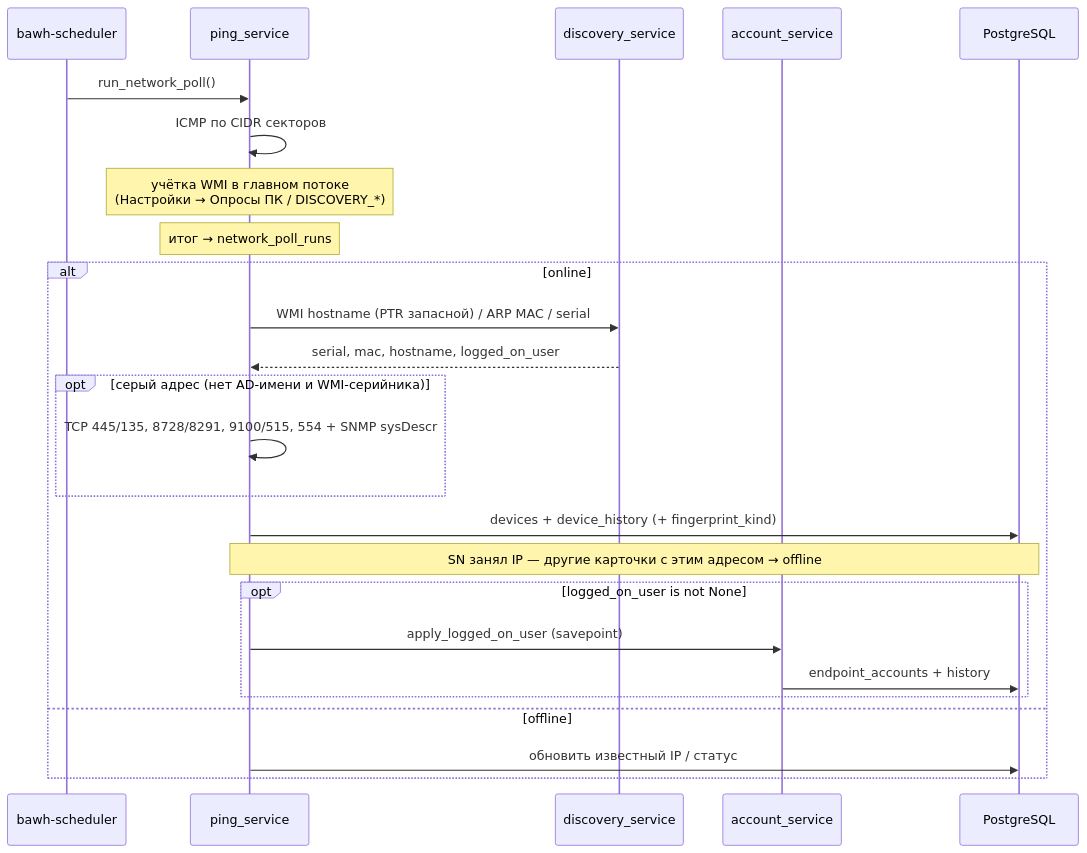
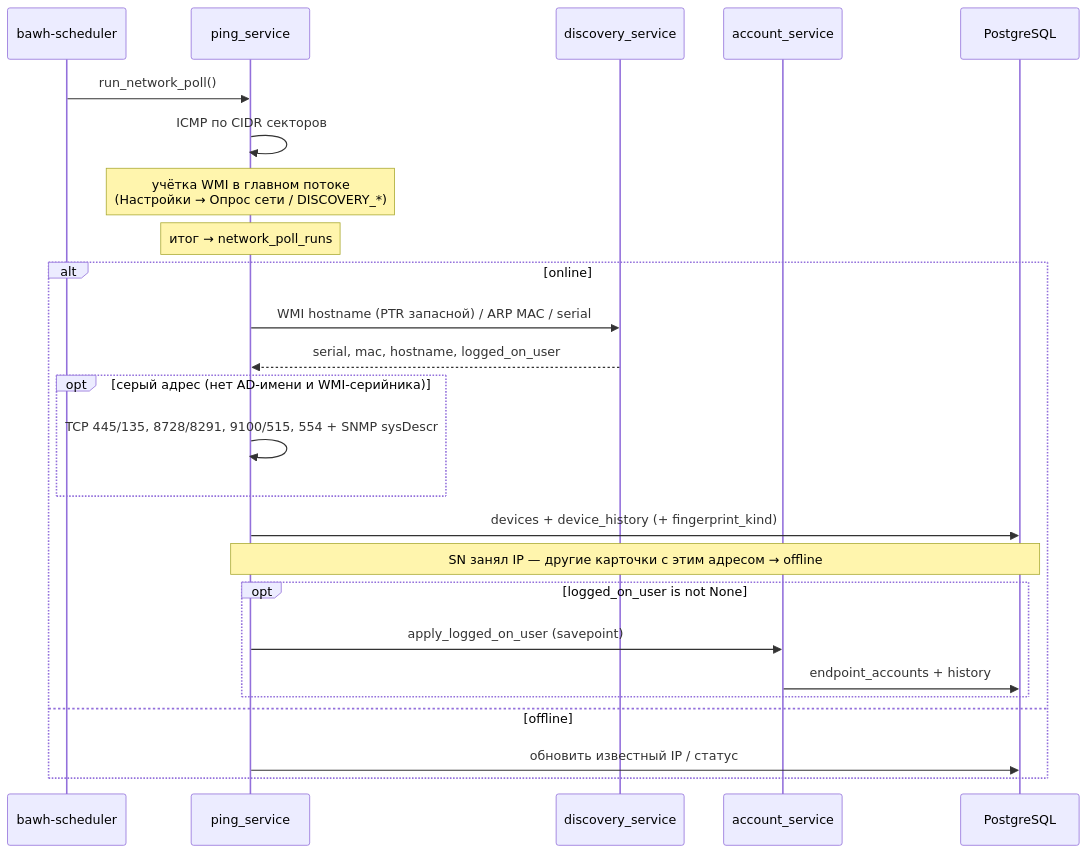
Before and after one commit to blazerity/admin-webhelper: the second of 2 diagrams in docs/ARCHITECTURE.md, drawn with Mermaid. The commit also changed other lines of this file and 31 other files, not shown here.

````diff
--- a/docs/ARCHITECTURE.md
+++ b/docs/ARCHITECTURE.md
@@ -564,28 +564,28 @@
 ```mermaid
 sequenceDiagram
   participant Sch as bawh-scheduler
   participant Ping as ping_service
   participant Disc as discovery_service
   participant Acc as account_service
   participant DB as PostgreSQL
 
   Sch->>Ping: run_network_poll()
   Ping->>Ping: ICMP по CIDR секторов
-  Note over Ping: учётка WMI в главном потоке<br/>(Настройки → Опросы ПК / DISCOVERY_*)
+  Note over Ping: учётка WMI в главном потоке<br/>(Настройки → Опрос сети / DISCOVERY_*)
   Note over Ping: итог → network_poll_runs
   alt online
     Ping->>Disc: WMI hostname (PTR запасной) / ARP MAC / serial
     Disc-->>Ping: serial, mac, hostname, logged_on_user
     opt серый адрес (нет AD-имени и WMI-серийника)
       Ping->>Ping: TCP 445/135, 8728/8291, 9100/515, 554 + SNMP sysDescr
     end
     Ping->>DB: devices + device_history (+ fingerprint_kind)
     Note over Ping,DB: SN занял IP — другие карточки с этим адресом → offline
     opt logged_on_user is not None
       Ping->>Acc: apply_logged_on_user (savepoint)
       Acc->>DB: endpoint_accounts + history
     end
   else offline
     Ping->>DB: обновить известный IP / статус
   end
 ```
````
